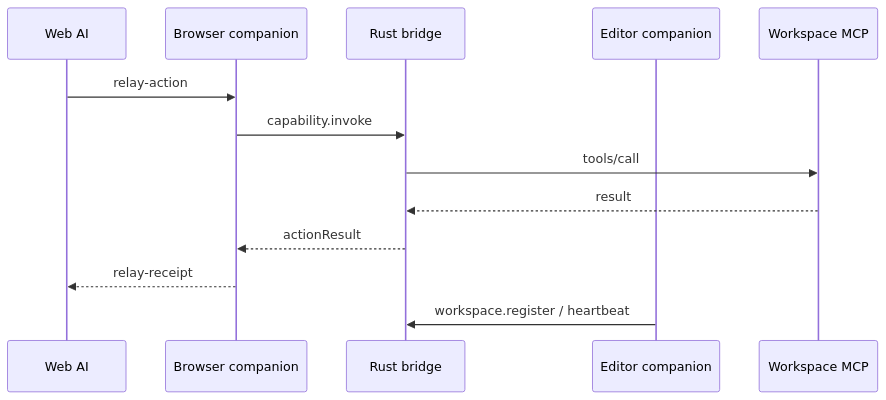
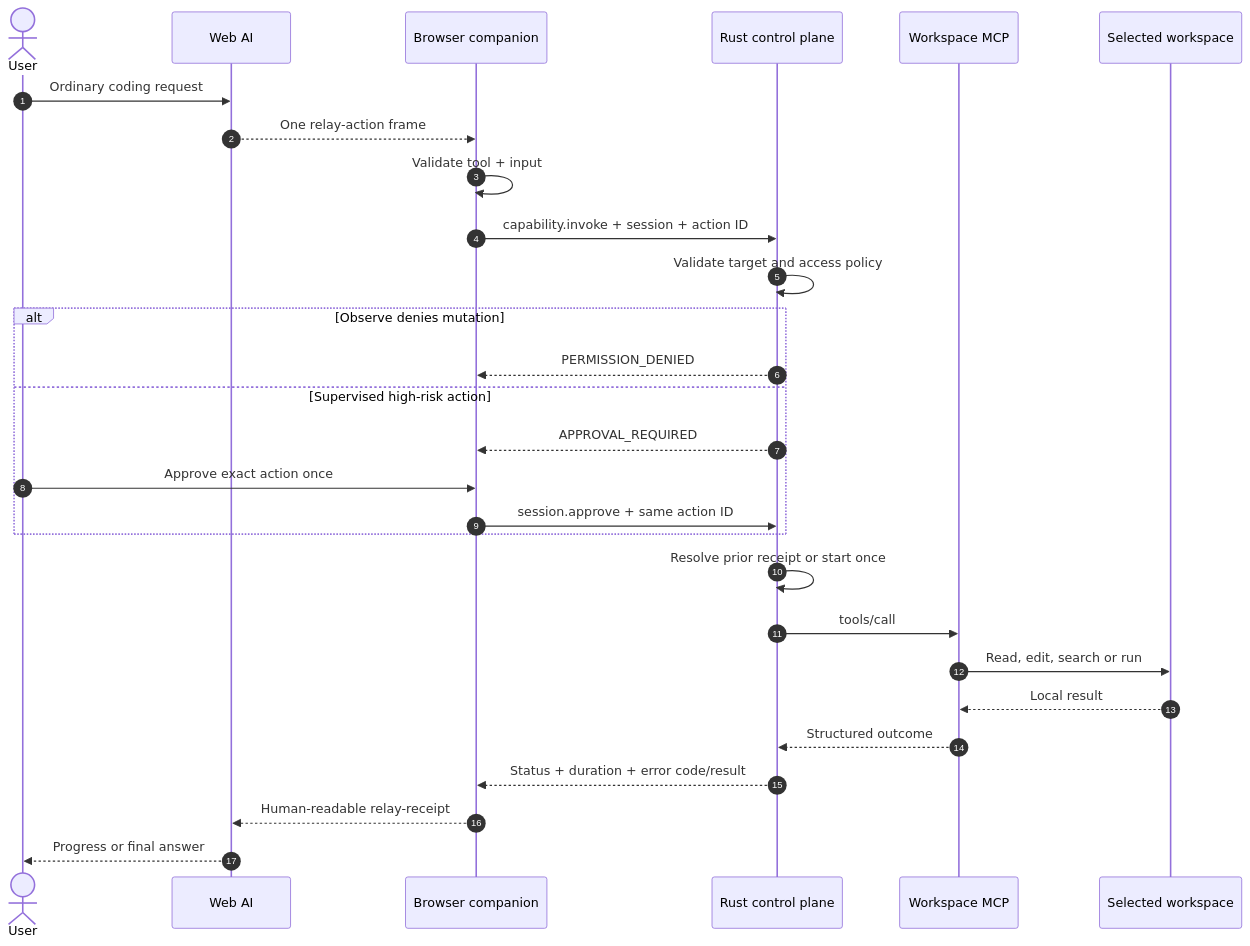
The second of 2 diagrams in docs/architecture.md (RiprLutuk/relay), drawn with Mermaid before and after one commit. The commit also changed other lines of this file and 1 other file, not shown here.

Commit message:
docs: clarify Relay architecture

````diff
--- a/docs/architecture.md
+++ b/docs/architecture.md
@@ -5,15 +40,33 @@
 ```mermaid
 sequenceDiagram
-  participant AI as Web AI
-  participant Browser as Browser companion
-  participant Bridge as Rust bridge
-  participant Editor as Editor companion
-  participant MCP as Workspace MCP
-  AI->>Browser: relay-action
-  Browser->>Bridge: capability.invoke
-  Bridge->>MCP: tools/call
-  MCP-->>Bridge: result
-  Bridge-->>Browser: actionResult
-  Browser-->>AI: relay-receipt
-  Editor->>Bridge: workspace.register / heartbeat
+    autonumber
+    actor User
+    participant AI as Web AI
+    participant Browser as Browser companion
+    participant Bridge as Rust control plane
+    participant MCP as Workspace MCP
+    participant Project as Selected workspace
+
+    User->>AI: Ordinary coding request
+    AI-->>Browser: One relay-action frame
+    Browser->>Browser: Validate tool + input
+    Browser->>Bridge: capability.invoke + session + action ID
+    Bridge->>Bridge: Validate target and access policy
+
+    alt Observe denies mutation
+        Bridge-->>Browser: PERMISSION_DENIED
+    else Supervised high-risk action
+        Bridge-->>Browser: APPROVAL_REQUIRED
+        User->>Browser: Approve exact action once
+        Browser->>Bridge: session.approve + same action ID
+    end
+
+    Bridge->>Bridge: Resolve prior receipt or start once
+    Bridge->>MCP: tools/call
+    MCP->>Project: Read, edit, search or run
+    Project-->>MCP: Local result
+    MCP-->>Bridge: Structured outcome
+    Bridge-->>Browser: Status + duration + error code/result
+    Browser-->>AI: Human-readable relay-receipt
+    AI-->>User: Progress or final answer
 ```
````
